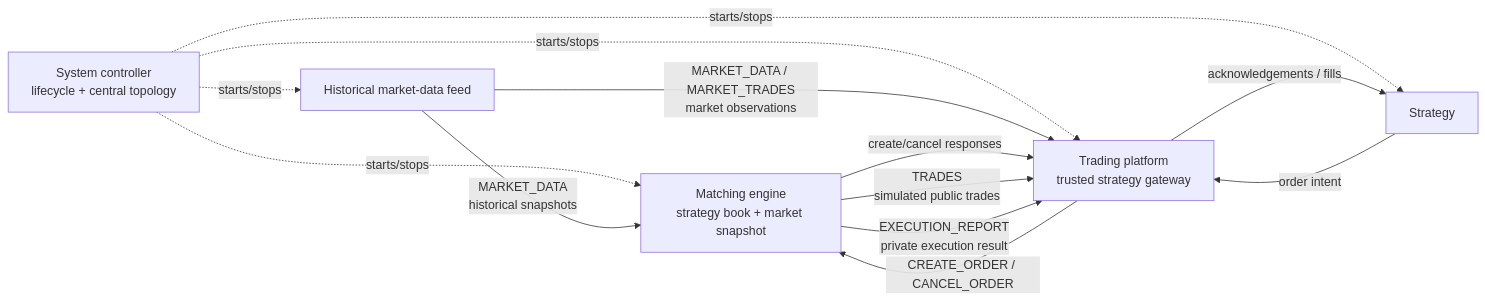
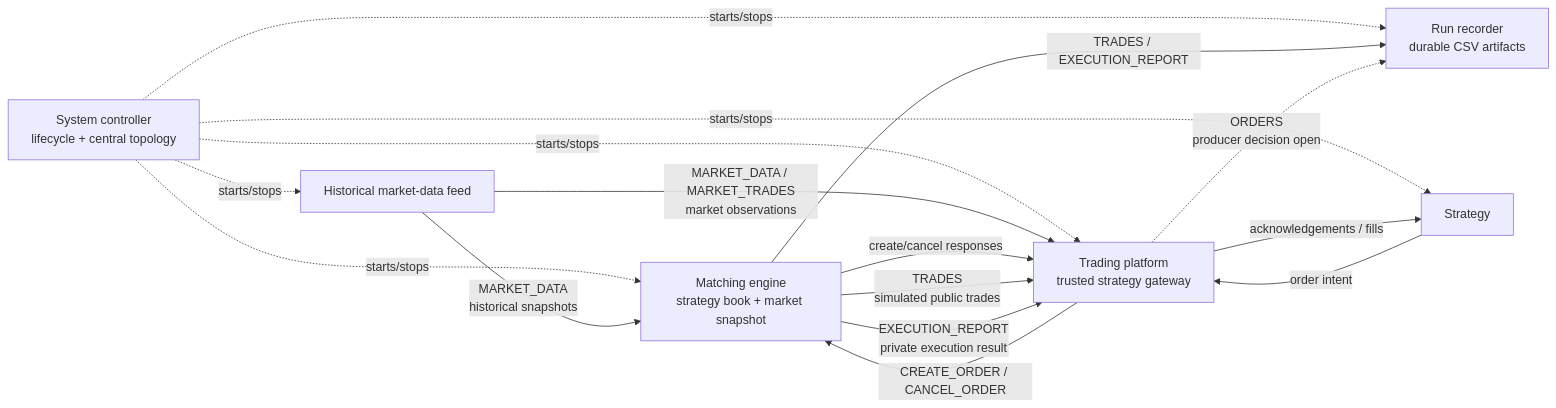
One commit to Jai280799/exchange-simulator changed the diagram in docs/architecture.md. Above: the diagram before and after it, drawn with Mermaid. The commit also changed other lines of this file and 18 other files, not shown here.

````diff
--- a/docs/architecture.md
+++ b/docs/architecture.md
@@ -28,22 +29,26 @@
 ```mermaid
 flowchart LR
     SC[System controller<br/>lifecycle + central topology]
     FEED[Historical market-data feed]
     ENGINE[Matching engine<br/>strategy book + market snapshot]
     PLATFORM[Trading platform<br/>trusted strategy gateway]
     STRATEGY[Strategy]
+    RECORDER[Run recorder<br/>durable CSV artifacts]
 
     SC -. starts/stops .-> FEED
     SC -. starts/stops .-> ENGINE
     SC -. starts/stops .-> PLATFORM
     SC -. starts/stops .-> STRATEGY
+    SC -. starts/stops .-> RECORDER
 
     FEED -- MARKET_DATA<br/>historical snapshots --> ENGINE
     FEED -- MARKET_DATA / MARKET_TRADES<br/>market observations --> PLATFORM
     STRATEGY -- order intent --> PLATFORM
     PLATFORM -- CREATE_ORDER / CANCEL_ORDER --> ENGINE
     ENGINE -- create/cancel responses --> PLATFORM
     ENGINE -- TRADES<br/>simulated public trades --> PLATFORM
     ENGINE -- EXECUTION_REPORT<br/>private execution result --> PLATFORM
+    ENGINE -- TRADES / EXECUTION_REPORT --> RECORDER
+    PLATFORM -. ORDERS<br/>producer decision open .-> RECORDER
     PLATFORM -- acknowledgements / fills --> STRATEGY
 ```
````
